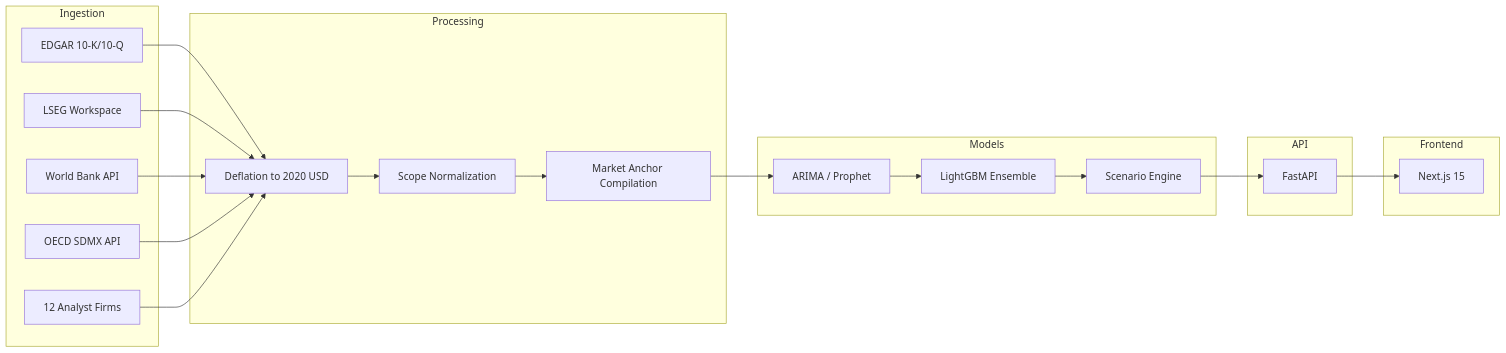
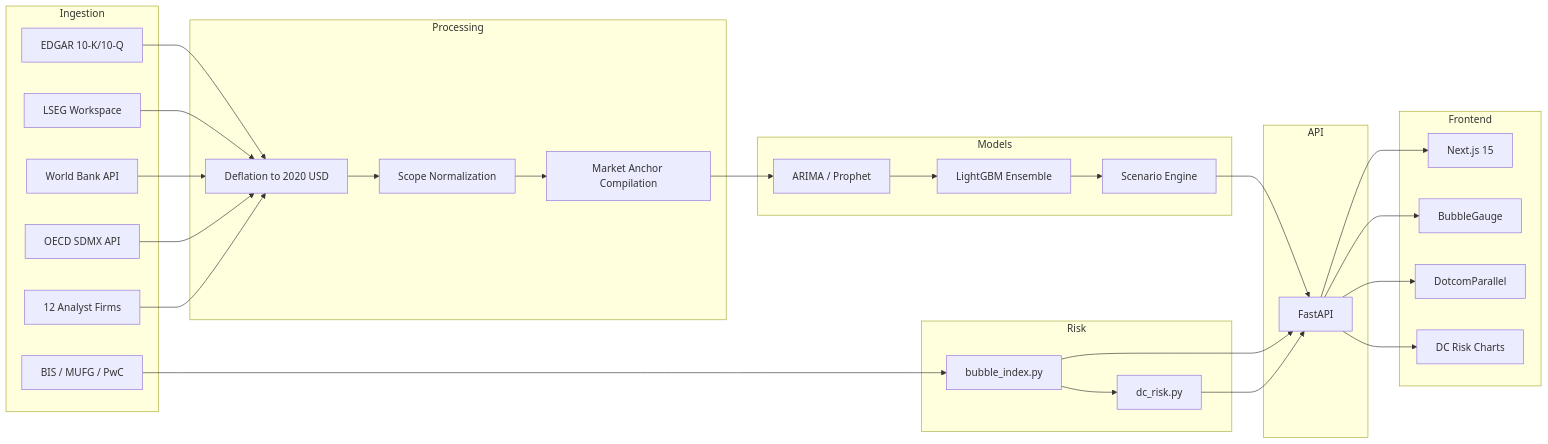
The diagram in README.md (amicusDei/industry-value-estimator), drawn with Mermaid before and after one commit. The commit also changed other lines of this file and 2 other files, not shown here.

Commit message:
docs: mark Phase 3 complete, README with Bubble Index headline
- CLAUDE.md: Phase 3 marked as completed (all 6 APs done), live URLs added,
  prompts moved to PROMPTS.md, vision updated to reflect done state
- README.md: AI Bubble Index as headline feature, Dotcom Parallel and
  Data Centre Risk added, architecture diagram expanded with Risk layer,
  BIS/MUFG/Goldman/PwC/Dell'Oro in data sources
- Bubble Index screenshot captured from live app

````diff
--- a/README.md
+++ b/README.md
@@ -25,33 +29,44 @@
 ```mermaid
 graph LR
     subgraph Ingestion
         A1[EDGAR 10-K/10-Q]
         A2[LSEG Workspace]
         A3[World Bank API]
         A4[OECD SDMX API]
         A5[12 Analyst Firms]
+        A6[BIS / MUFG / PwC]
     end
 
     subgraph Processing
         B1[Deflation to 2020 USD]
         B2[Scope Normalization]
         B3[Market Anchor Compilation]
+    end
+
+    subgraph Risk
+        R1[bubble_index.py]
+        R2[dc_risk.py]
     end
 
     subgraph Models
         C1[ARIMA / Prophet]
         C2[LightGBM Ensemble]
         C3[Scenario Engine]
     end
 
     subgraph API
         D1[FastAPI]
     end
 
     subgraph Frontend
         E1[Next.js 15]
+        E2[BubbleGauge]
+        E3[DotcomParallel]
+        E4[DC Risk Charts]
     end
 
     A1 & A2 & A3 & A4 & A5 --> B1 --> B2 --> B3
-    B3 --> C1 --> C2 --> C3 --> D1 --> E1
+    A6 --> R1 --> R2
+    B3 --> C1 --> C2 --> C3 --> D1
+    R1 & R2 --> D1 --> E1 & E2 & E3 & E4
 ```
````
